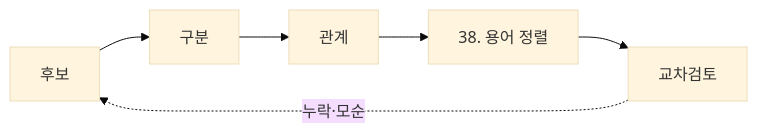
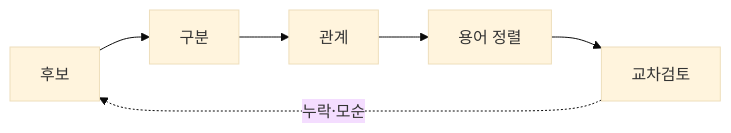
Before and after one commit to YoungSan77/TrainingMaterials: diagram 20 of 30 in courses/ooad/sessions/s03.md, drawn with Mermaid (base theme). The commit also changed other lines of this file and 44 other files, not shown here.

````diff
--- a/courses/ooad/sessions/s03.md
+++ b/courses/ooad/sessions/s03.md
@@ -1203,8 +1501,8 @@
 ```mermaid
 flowchart LR
     A["후보"] --> B["구분"]
     B --> C["관계"]
-    C --> D["38. 용어 정렬"]
+    C --> D["용어 정렬"]
     D --> E["교차검토"]
     E -. 누락·모순 .-> A
 ```
````
